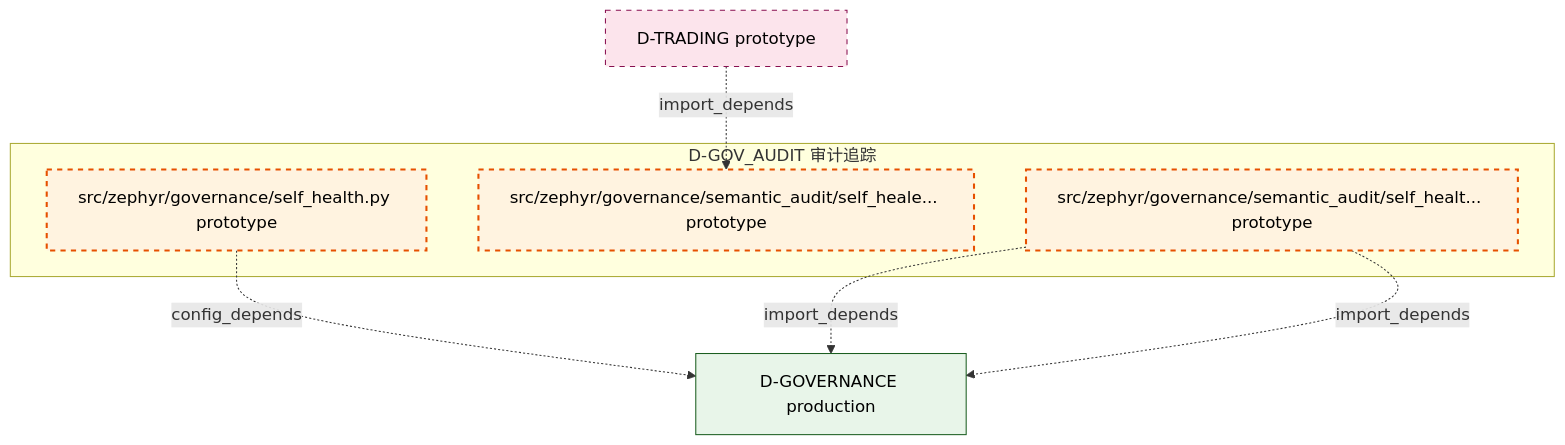
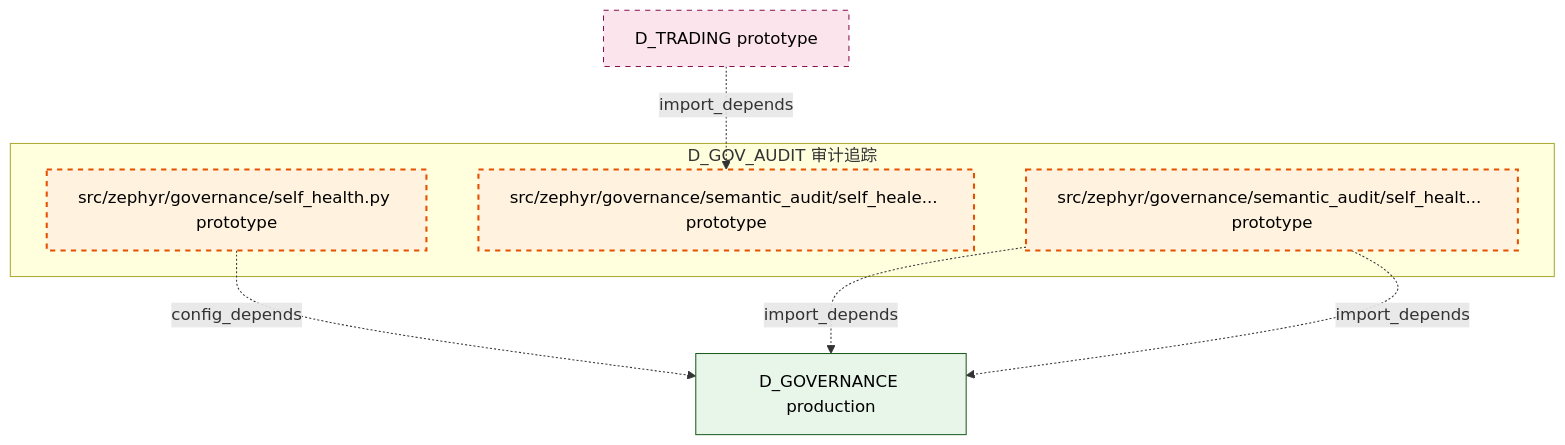
Before and after one commit to xuanFelixVan/ZephyrAlpha: the seventh of 7 diagrams in docs/02_enterprise_architecture/02_domain_architecture_docs/34_d_gov_audit.md, drawn with Mermaid. The commit also changed other lines of this file and 106 other files, not shown here.

````diff
--- a/docs/02_enterprise_architecture/02_domain_architecture_docs/34_d_gov_audit.md
+++ b/docs/02_enterprise_architecture/02_domain_architecture_docs/34_d_gov_audit.md
@@ -543,21 +543,21 @@
 ```mermaid
 graph TD
-    subgraph D_GOV_AUDIT["D-GOV_AUDIT 审计追踪"]
+    subgraph D_GOV_AUDIT["D_GOV_AUDIT 审计追踪"]
         src_zephyr_governance_self_health_py["src/zephyr/governance/self_health.py prototype"]
         src_zephyr_governance_semantic_audit_self_healer_py["src/zephyr/governance/semantic_audit/self_heale... prototype"]
         src_zephyr_governance_semantic_audit_self_health_py["src/zephyr/governance/semantic_audit/self_healt... prototype"]
     end
-    D_GOVERNANCE["D-GOVERNANCE production"]
+    D_GOVERNANCE["D_GOVERNANCE production"]
     src_zephyr_governance_self_health_py -.->|config_depends| D_GOVERNANCE
     src_zephyr_governance_semantic_audit_self_health_py -.->|import_depends| D_GOVERNANCE
     src_zephyr_governance_semantic_audit_self_health_py -.->|import_depends| D_GOVERNANCE
-    D_TRADING["D-TRADING prototype"]
+    D_TRADING["D_TRADING prototype"]
     D_TRADING -.->|import_depends| src_zephyr_governance_semantic_audit_self_healer_py
     classDef production fill:#e1f5fe,stroke:#01579b,stroke-width:2px,color:#000
     classDef design fill:#fff3e0,stroke:#e65100,stroke-width:2px,color:#000,stroke-dasharray: 5 5
     classDef external_prod fill:#e8f5e9,stroke:#1b5e20,stroke-width:1px,color:#000
     classDef external_design fill:#fce4ec,stroke:#880e4f,stroke-width:1px,color:#000,stroke-dasharray: 5 5
     class src_zephyr_governance_self_health_py,src_zephyr_governance_semantic_audit_self_healer_py,src_zephyr_governance_semantic_audit_self_health_py design
     class D_GOVERNANCE external_prod
     class D_TRADING external_design
 ```
````
